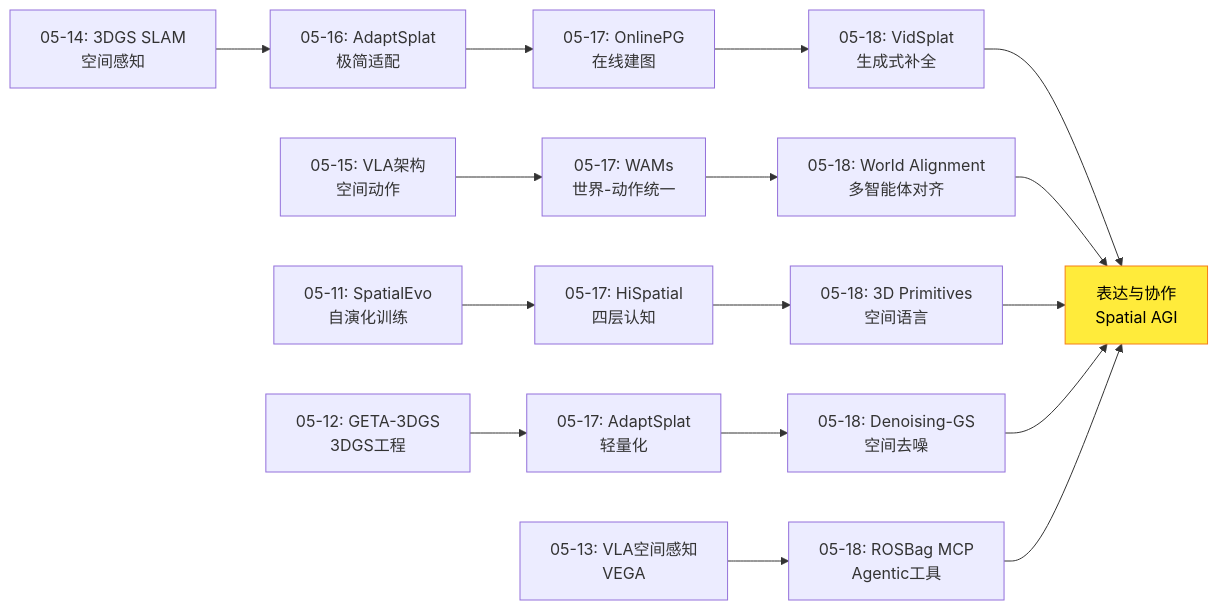
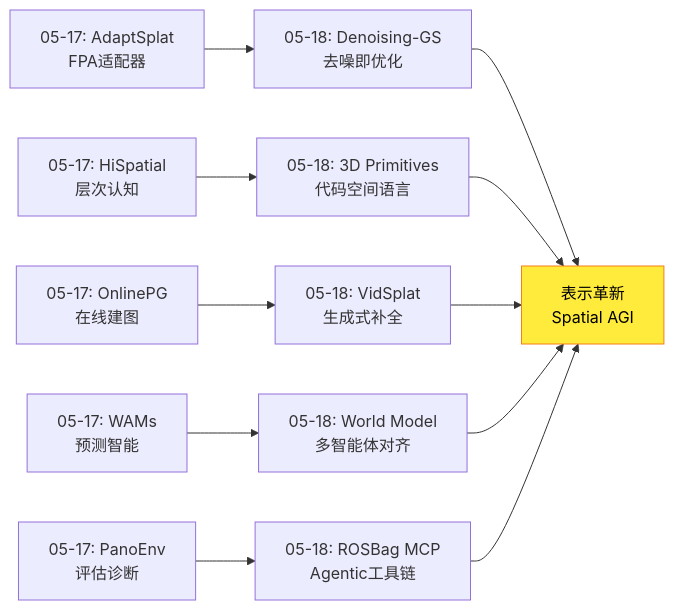
The second of 5 diagrams in daily_thinking/2026-05-18.md (ahangchen/spatial_agi), drawn with Mermaid before and after one commit. The commit also changed other lines of this file, not shown here.

First line of the commit message:
feat: Spatial AGI Research - 2026-05-18

````diff
--- a/daily_thinking/2026-05-18.md
+++ b/daily_thinking/2026-05-18.md
@@ -208,19 +152,14 @@
 ```mermaid
 graph LR
-    A["05-14: 3DGS SLAM<br/>空间感知"] --> B["05-16: AdaptSplat<br/>极简适配"]
-    B --> C["05-17: OnlinePG<br/>在线建图"]
-    C --> D["05-18: VidSplat<br/>生成式补全"]
-    E["05-15: VLA架构<br/>空间动作"] --> F["05-17: WAMs<br/>世界-动作统一"]
-    F --> G["05-18: World Alignment<br/>多智能体对齐"]
-    H["05-11: SpatialEvo<br/>自演化训练"] --> I["05-17: HiSpatial<br/>四层认知"]
-    I --> J["05-18: 3D Primitives<br/>空间语言"]
-    K["05-12: GETA-3DGS<br/>3DGS工程"] --> L["05-17: AdaptSplat<br/>轻量化"]
-    L --> M["05-18: Denoising-GS<br/>空间去噪"]
-    N["05-13: VLA空间感知<br/>VEGA"] --> O["05-18: ROSBag MCP<br/>Agentic工具"]
-    D --> P["表达与协作<br/>Spatial AGI"]
-    G --> P
-    J --> P
-    M --> P
-    O --> P
-    style P fill:#ffeb3b,stroke:#f57f17,color:#000
+    A["05-17: AdaptSplat<br/>FPA适配器"] --> B["05-18: Denoising-GS<br/>去噪即优化"]
+    C["05-17: HiSpatial<br/>层次认知"] --> D["05-18: 3D Primitives<br/>代码空间语言"]
+    E["05-17: OnlinePG<br/>在线建图"] --> F["05-18: VidSplat<br/>生成式补全"]
+    G["05-17: WAMs<br/>预测智能"] --> H["05-18: World Model<br/>多智能体对齐"]
+    I["05-17: PanoEnv<br/>评估诊断"] --> J["05-18: ROSBag MCP<br/>Agentic工具链"]
+    B --> K["表示革新<br/>Spatial AGI"]
+    D --> K
+    F --> K
+    H --> K
+    J --> K
+    style K fill:#ffeb3b,stroke:#f57f17,color:#000
 ```
````
